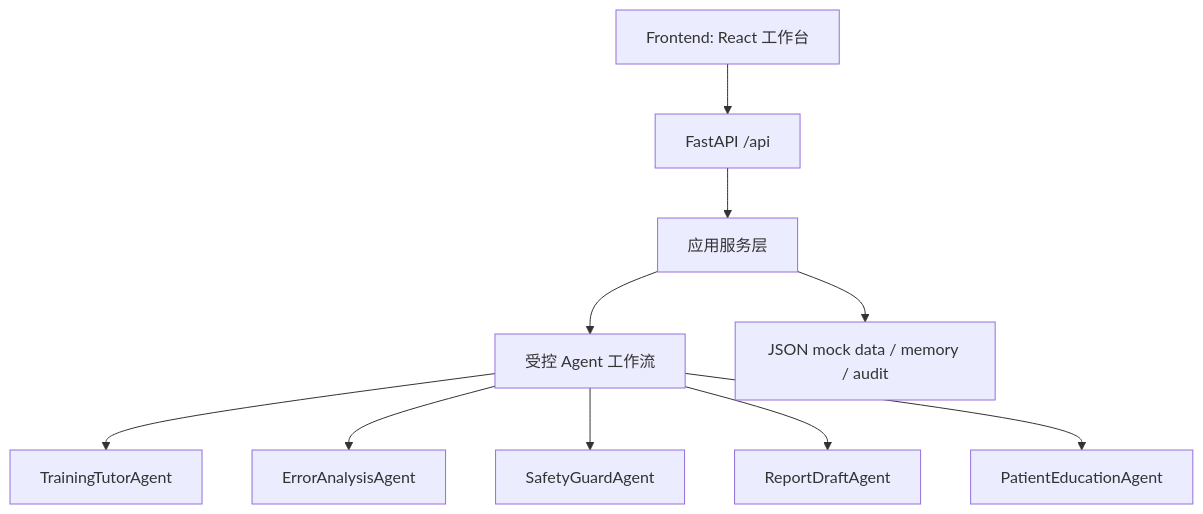
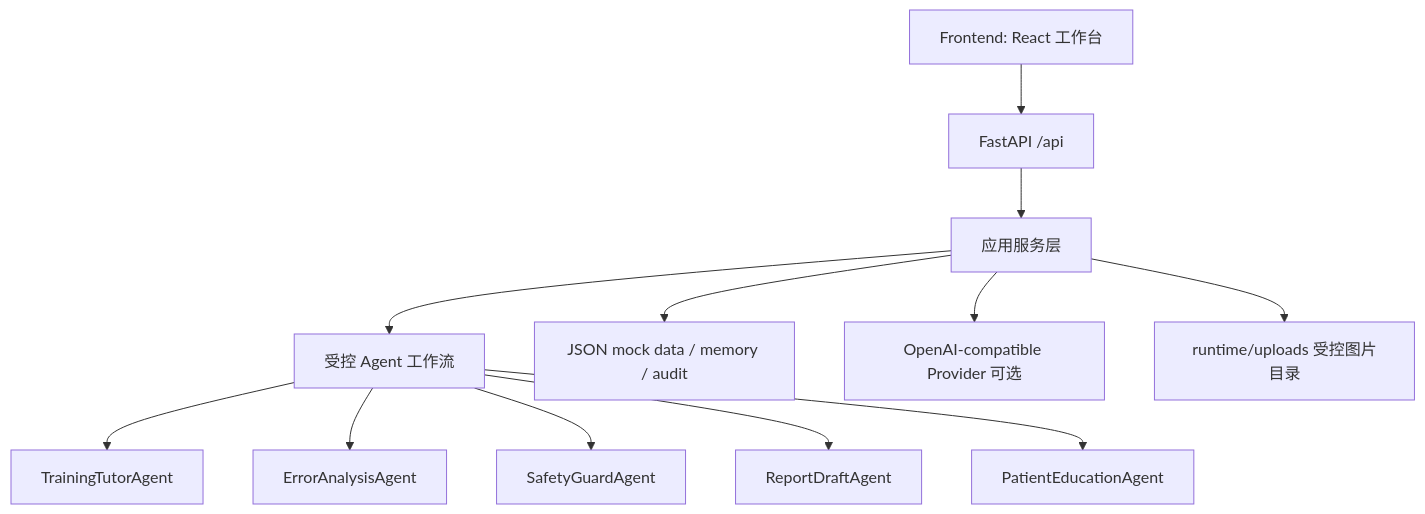
The diagram in docs/ARCHITECTURE.md (Luious-LYH/TiBan), drawn with Mermaid before and after one commit. The commit also changed other lines of this file and 19 other files, not shown here.

````diff
--- a/docs/ARCHITECTURE.md
+++ b/docs/ARCHITECTURE.md
@@ -5,12 +5,14 @@
 ```mermaid
 flowchart TD
   UI["Frontend: React 工作台"] --> API["FastAPI /api"]
   API --> Services["应用服务层"]
   Services --> Agents["受控 Agent 工作流"]
   Services --> Data["JSON mock data / memory / audit"]
+  Services --> Provider["OpenAI-compatible Provider 可选"]
+  Services --> Uploads["runtime/uploads 受控图片目录"]
   Agents --> Tutor["TrainingTutorAgent"]
   Agents --> Error["ErrorAnalysisAgent"]
   Agents --> Safety["SafetyGuardAgent"]
   Agents --> Report["ReportDraftAgent"]
   Agents --> Card["PatientEducationAgent"]
 ```
````
